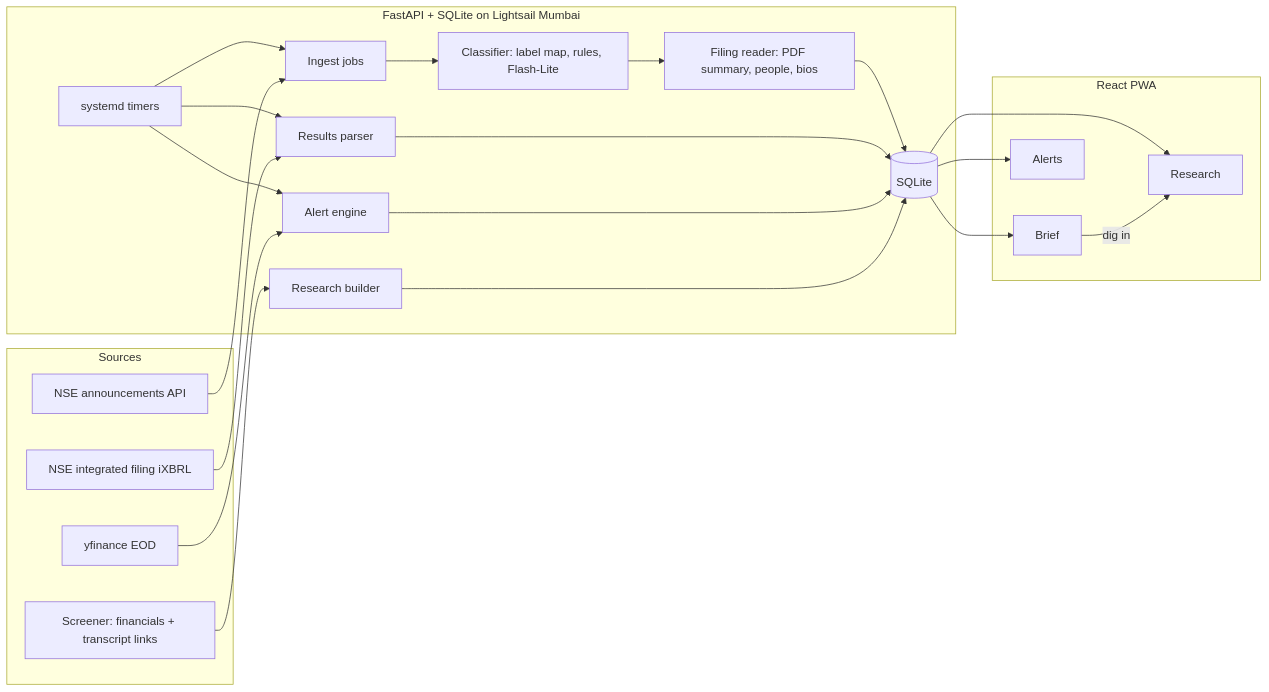
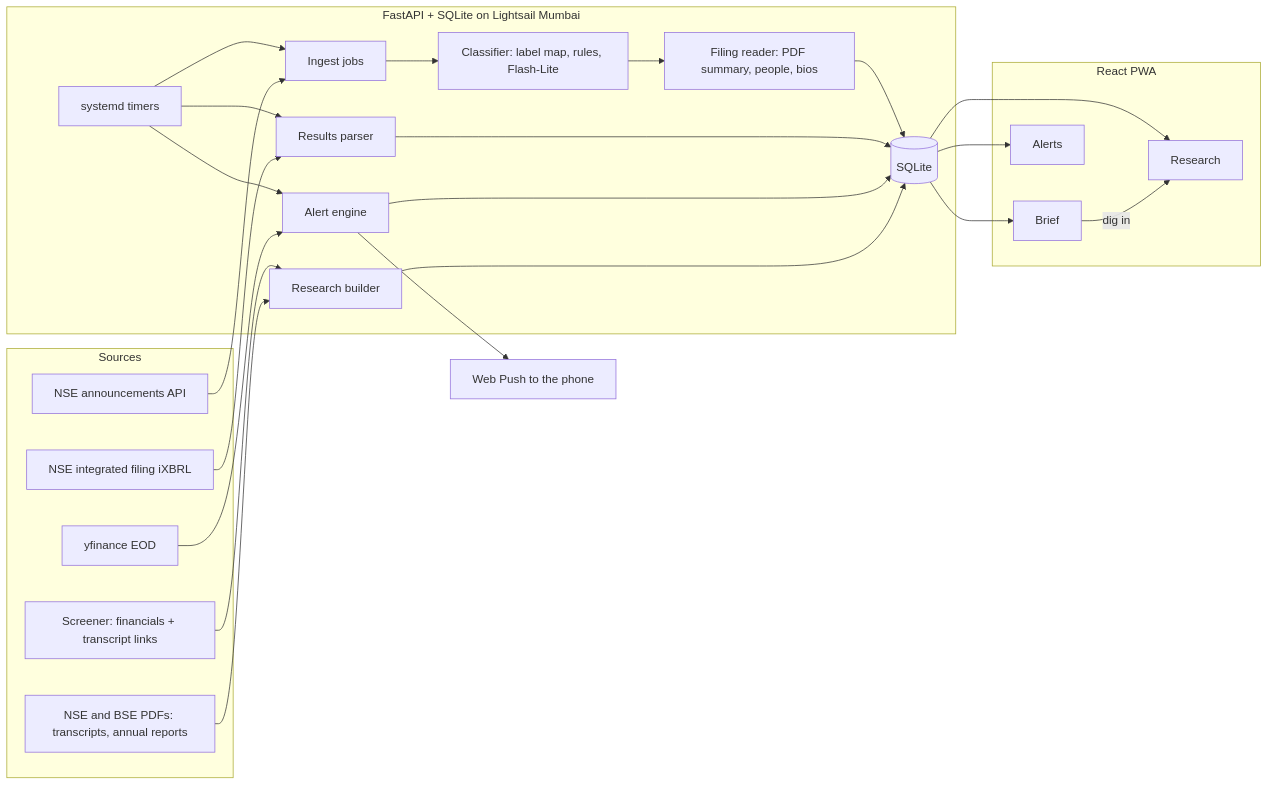
One commit to pranshuk22/finn changed the diagram in README.md. Above: the diagram before and after it, drawn with Mermaid. The commit also changed other lines of this file and 16 other files, not shown here.

````diff
--- a/README.md
+++ b/README.md
@@ -139,38 +139,43 @@
 ```mermaid
 flowchart LR
     subgraph Sources
         NSE[NSE announcements API]
         IX[NSE integrated filing iXBRL]
         YF[yfinance EOD]
         SCR[Screener: financials + transcript links]
+        DOCS[NSE and BSE PDFs: transcripts, annual reports]
     end
 
     subgraph Backend[FastAPI + SQLite on Lightsail Mumbai]
         CRON[systemd timers]
         ING[Ingest jobs]
         CLS[Classifier: label map, rules, Flash-Lite]
         ENR[Filing reader: PDF summary, people, bios]
         RES[Results parser]
         ALR[Alert engine]
         PULL[Research builder]
         DB[(SQLite)]
     end
 
     subgraph App[React PWA]
         BRIEF[Brief]
         ALERTS[Alerts]
         RESEARCH[Research]
     end
 
+    PUSH[Web Push to the phone]
+
     CRON --> ING & RES & ALR
     NSE --> ING
     IX --> RES
     YF --> ALR
     SCR --> PULL
+    DOCS --> PULL
+    ALR --> PUSH
     ING --> CLS --> ENR --> DB
     RES --> DB
     ALR --> DB
     PULL --> DB
     DB --> BRIEF & ALERTS & RESEARCH
     BRIEF -- dig in --> RESEARCH
 ```
````
